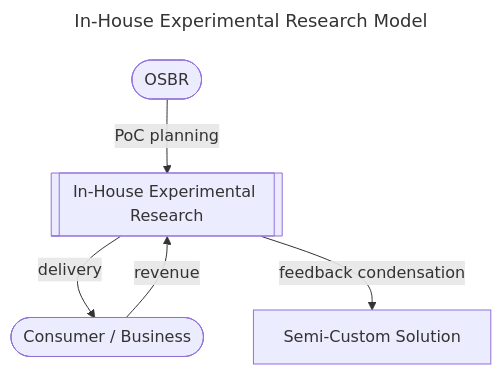
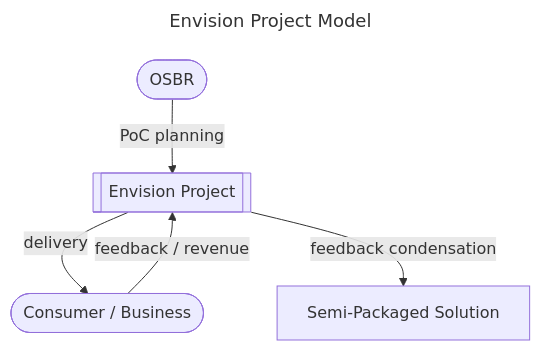
Before and after one commit to osbrjp/handbook: the second of 5 diagrams in doc/strategy.md, drawn with Mermaid. The commit also changed other lines of this file and 1 other file, not shown here.

````diff
--- a/doc/strategy.md
+++ b/doc/strategy.md
@@ -59,10 +61,10 @@
 ```mermaid
 ---
-title: In-House Experimental Research Model
+title: Envision Project Model
 ---
 graph TB;
-    OSBR([OSBR]) -- "PoC planning" --> ES[[In-House Experimental Research]];
-    CB -- "revenue" --> ES;
+    OSBR([OSBR]) -- "PoC planning" --> ES[[Envision Project]];
+    CB -- "feedback / revenue" --> ES;
     ES -- "delivery" --> CB([Consumer / Business]);
-    ES -- "feedback condensation" --> SPS[Semi-Custom Solution];
+    ES -- "feedback condensation" --> SPS[Semi-Packaged Solution];
 ```
````
